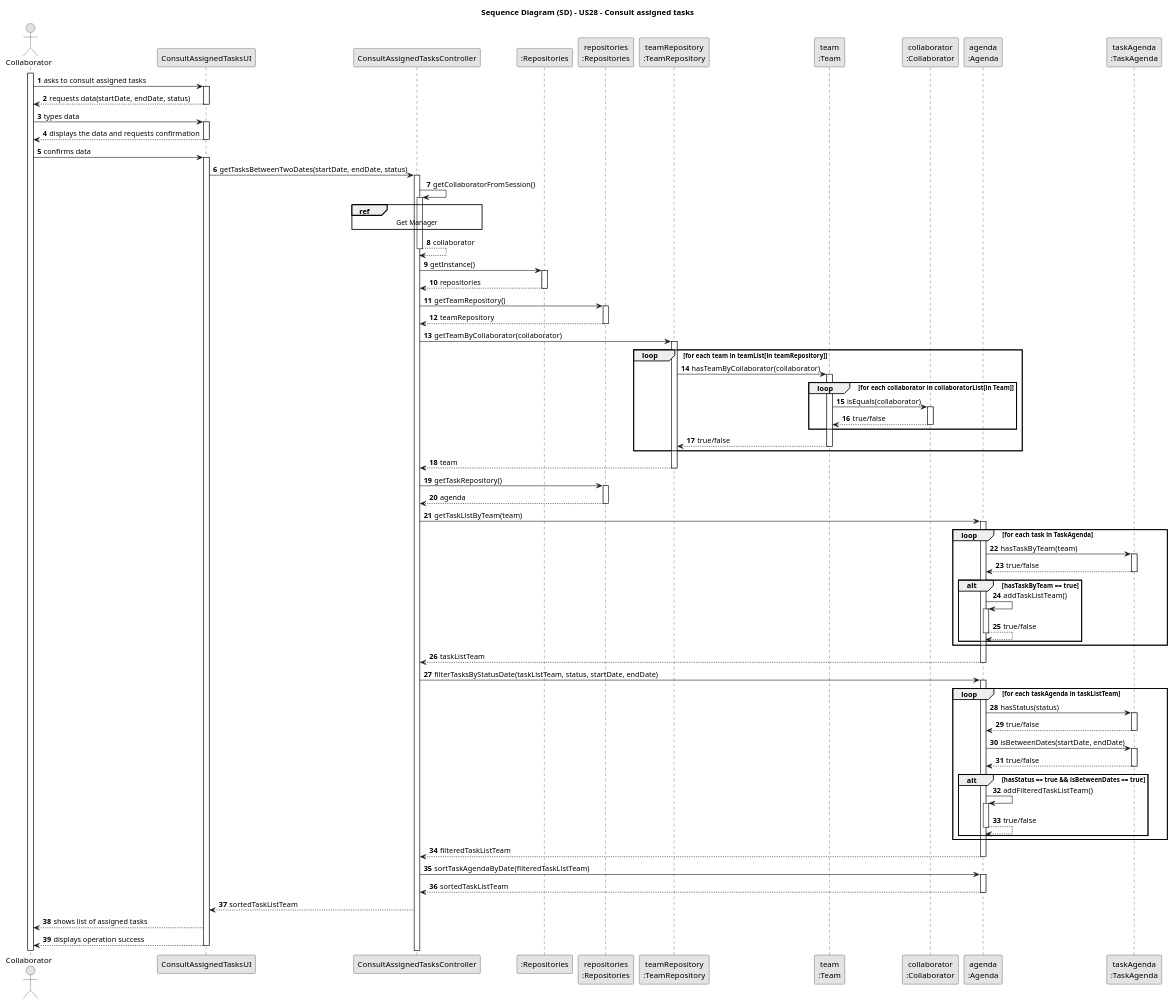
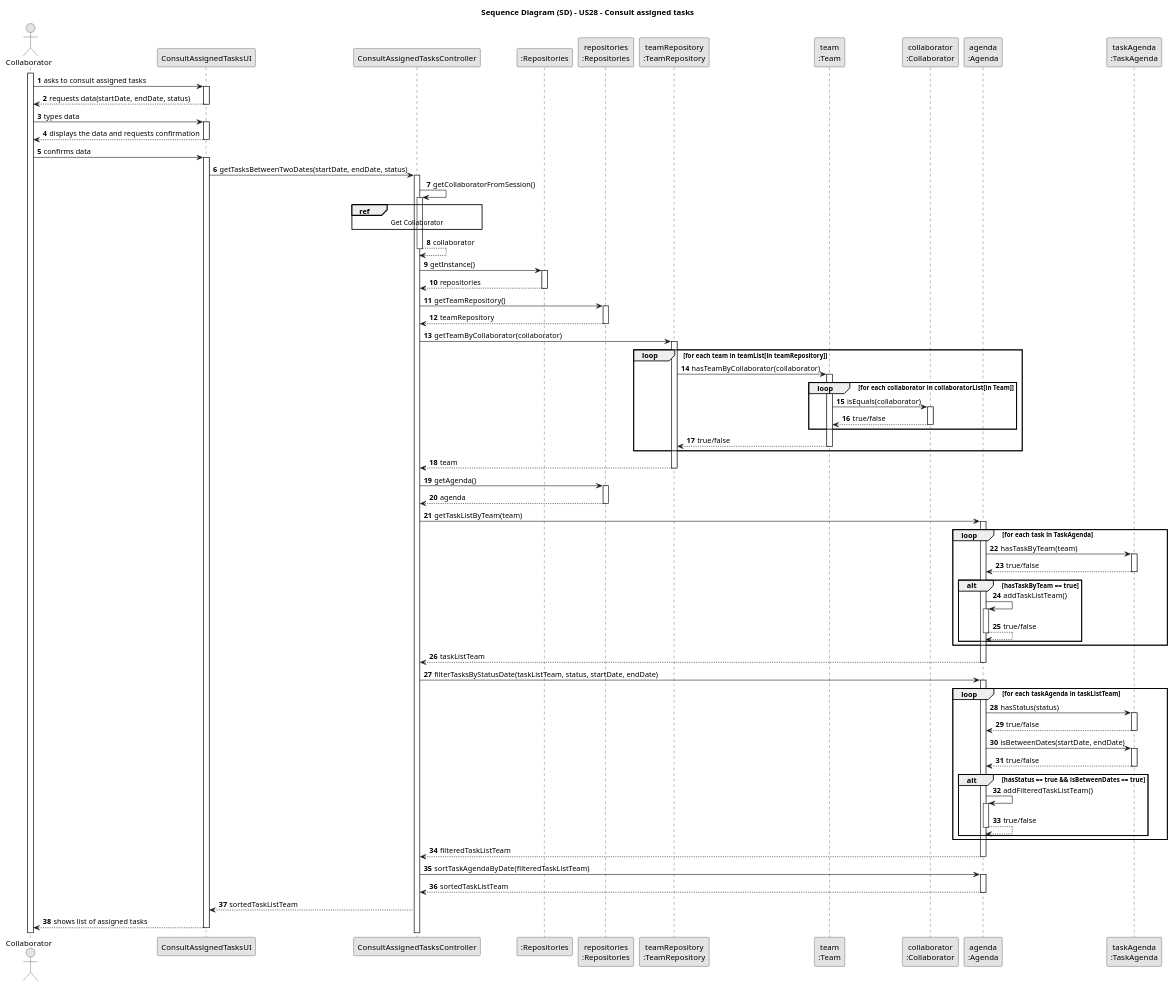
One commit to Departamento-de-Engenharia-Informatica/lei-24-s2-1db-g022 changed the diagram in docs/sprint3/us28/03.design/puml/us28-sequence-diagram.puml. Above: the diagram before and after it, drawn with PlantUML. The commit also changed 8 other files, not shown here.

```diff
--- a/docs/sprint3/us28/03.design/puml/us28-sequence-diagram.puml
+++ b/docs/sprint3/us28/03.design/puml/us28-sequence-diagram.puml
@@ -1,157 +1,155 @@
 @startuml
 skinparam monochrome true
 skinparam packageStyle rectangle
 skinparam shadowing false
 
 title Sequence Diagram (SD) - US28 - Consult assigned tasks
 
 autonumber
 
 actor "Collaborator" as Col
 participant "ConsultAssignedTasksUI" as UI
 participant "ConsultAssignedTasksController" as CTRL
 participant ":Repositories" as RepositorySingleton
 participant "repositories\n:Repositories" as PLAT
 participant "teamRepository\n:TeamRepository" as TeamRepo
 participant "team\n:Team" as TEAM
 participant "collaborator\n:Collaborator" as Collab
 participant "agenda\n:Agenda" as AGENDA
 participant "taskAgenda\n:TaskAgenda" as TASKAGENDA
 
 activate Col
 
     Col -> UI : asks to consult assigned tasks
     activate UI
 
     UI --> Col : requests data(startDate, endDate, status)
     deactivate UI
 
     Col->UI: types data
     activate UI
 
     UI --> Col : displays the data and requests confirmation
     deactivate UI
 
     Col -> UI : confirms data
     activate UI
 
     UI-> CTRL : getTasksBetweenTwoDates(startDate, endDate, status)
     activate CTRL
 
         CTRL -> CTRL : getCollaboratorFromSession()
         activate CTRL
 
             ref over CTRL
-                Get Manager
+                Get Collaborator
             end ref
 
         CTRL --> CTRL : collaborator
         deactivate CTRL
 
     CTRL -> RepositorySingleton: getInstance()
     activate RepositorySingleton
 
     RepositorySingleton --> CTRL: repositories
     deactivate RepositorySingleton
 
     CTRL -> PLAT : getTeamRepository()
     activate PLAT
 
     PLAT --> CTRL : teamRepository
     deactivate PLAT
 
     CTRL -> TeamRepo : getTeamByCollaborator(collaborator)
     activate TeamRepo
 
         loop for each team in teamList[in teamRepository]
 
             TeamRepo -> TEAM : hasTeamByCollaborator(collaborator)
             activate TEAM
 
             loop for each collaborator in collaboratorList[in Team]
                 TEAM -> Collab : isEquals(collaborator)
                 activate Collab
 
                 Collab --> TEAM: true/false
                 deactivate Collab
 
             end
                 TEAM --> TeamRepo : true/false
                 deactivate TEAM
         end
 
         TeamRepo --> CTRL : team
         deactivate TeamRepo
 
-    CTRL -> PLAT: getTaskRepository()
+    CTRL -> PLAT: getAgenda()
     activate PLAT
 
     PLAT --> CTRL: agenda
     deactivate PLAT
 
     CTRL -> AGENDA: getTaskListByTeam(team)
     activate AGENDA
 
     loop for each task in TaskAgenda
 
     AGENDA -> TASKAGENDA: hasTaskByTeam(team)
     activate TASKAGENDA
 
             TASKAGENDA --> AGENDA: true/false
             deactivate TASKAGENDA
 
             alt hasTaskByTeam == true
                 AGENDA -> AGENDA : addTaskListTeam()
                 activate AGENDA
 
                 AGENDA --> AGENDA : true/false
                 deactivate AGENDA
             end
 
     end
 
     AGENDA --> CTRL: taskListTeam
     deactivate AGENDA
 
         CTRL -> AGENDA: filterTasksByStatusDate(taskListTeam, status, startDate, endDate)
         activate AGENDA
                 loop for each taskAgenda in taskListTeam
         AGENDA -> TASKAGENDA : hasStatus(status)
         activate TASKAGENDA
 
         TASKAGENDA --> AGENDA : true/false
         deactivate TASKAGENDA
 
         AGENDA -> TASKAGENDA : isBetweenDates(startDate, endDate)
         activate TASKAGENDA
 
         TASKAGENDA --> AGENDA : true/false
         deactivate TASKAGENDA
 
             alt hasStatus == true && isBetweenDates == true
                 AGENDA -> AGENDA: addFilteredTaskListTeam()
                 activate AGENDA
 
                 AGENDA --> AGENDA: true/false
                 deactivate AGENDA
             end
 
     end
 
         AGENDA --> CTRL: filteredTaskListTeam
         deactivate AGENDA
 
         CTRL -> AGENDA: sortTaskAgendaByDate(filteredTaskListTeam)
         activate AGENDA
 
         AGENDA --> CTRL: sortedTaskListTeam
         deactivate AGENDA
 
         CTRL --> UI : sortedTaskListTeam
 
     UI --> Col : shows list of assigned tasks
-
-    UI --> Col : displays operation success
     deactivate UI
 
 @enduml
```
